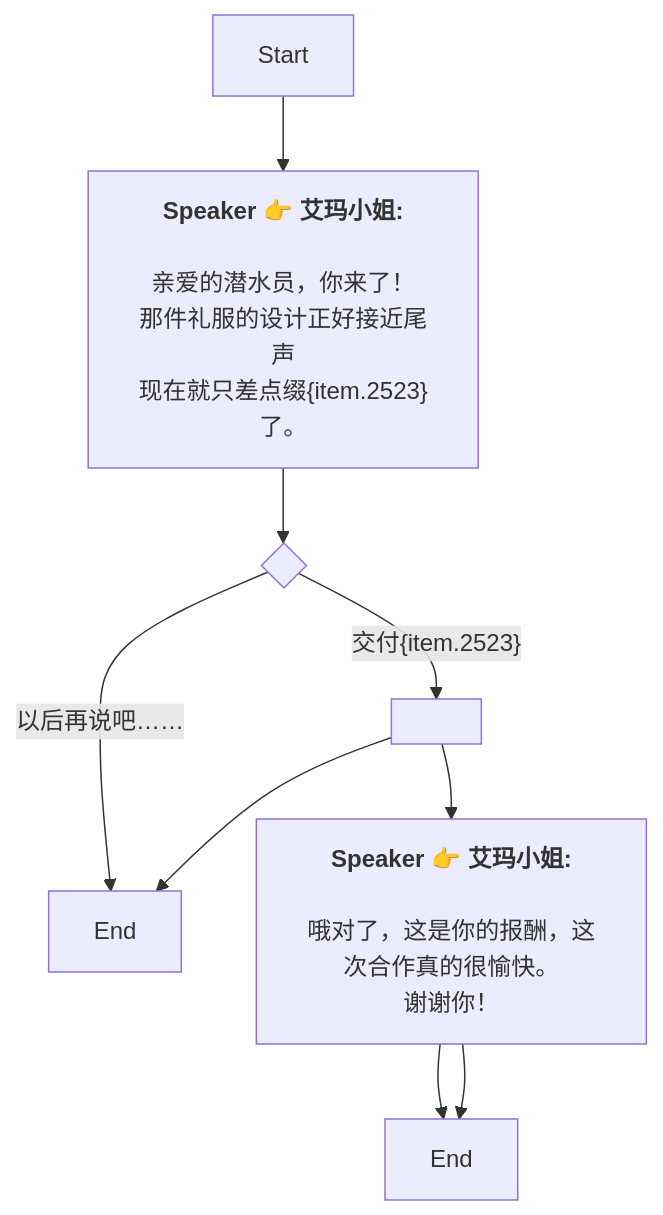
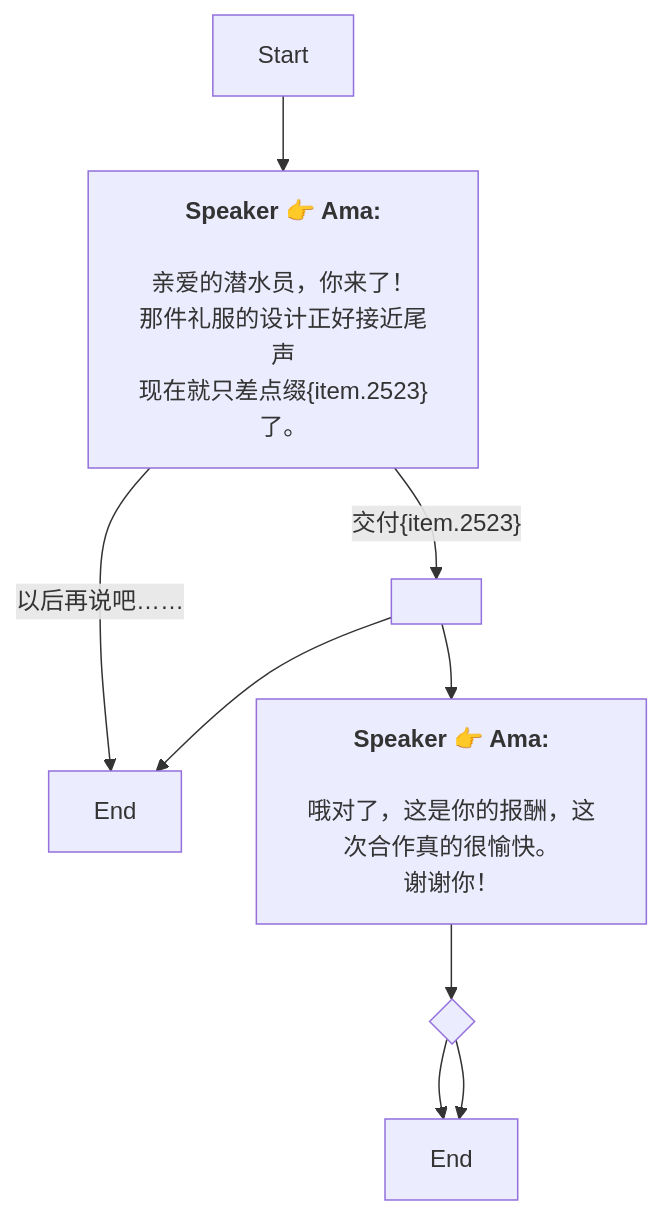
One commit to SoftHu/tos_avg changed the diagram in Zh/QuestTalkObjectiveNode_1738796794798223.md. Above: the diagram before and after it, drawn with Mermaid. The commit also changed 737 other files, not shown here.

````diff
--- a/Zh/QuestTalkObjectiveNode_1738796794798223.md
+++ b/Zh/QuestTalkObjectiveNode_1738796794798223.md
@@ -1,19 +1,16 @@
 ```mermaid
 graph
-Start -->1738796989252754[<b>Speaker 👉 艾玛小姐:</b>
-
-亲爱的潜水员，你来了！
-那件礼服的设计正好接近尾声
+Start -->1738796989252754[<b>Speaker 👉 Ama:</b>
+\n亲爱的潜水员，你来了！\n那件礼服的设计正好接近尾声
 现在就只差点缀&lbrace;item.2523&rbrace;了。]
-1738796989252754 -->1738900939199810{ }
-1738900939199810 -->|交付&lbrace;item.2523&rbrace;|1738797758516371[ ]
-1738900939199810 -->|以后再说吧……|1738900967130439[End]
-1738797758516371 -->1738797844938900[<b>Speaker 👉 艾玛小姐:</b>
-
-哦对了，这是你的报酬，这次合作真的很愉快。
+1738796989252754 -->|交付&lbrace;item.2523&rbrace;|1738797758516371[ ]
+1738796989252754 -->|以后再说吧……|1738900967130439[End]
+1738797758516371 -->1738797844938900[<b>Speaker 👉 Ama:</b>
+\n哦对了，这是你的报酬，这次合作真的很愉快。
 谢谢你！]
 1738797758516371 -->1738900967130439[End]
-1738797844938900 -->1738798292412567[End]
-1738797844938900 -->1738798292412567[End]
+1738797844938900 -->1738798261003413{ }
+1738798261003413 -->1738798292412567[End]
+1738798261003413 -->1738798292412567[End]
 
- ```
+```
````
